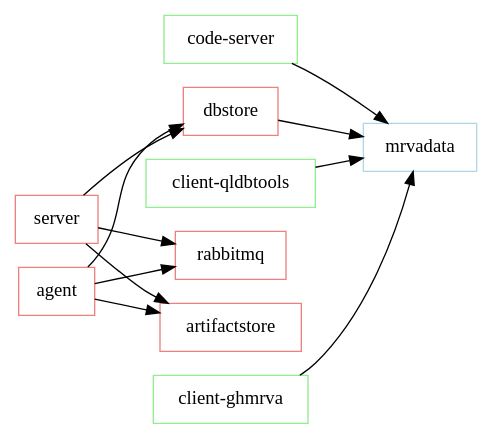
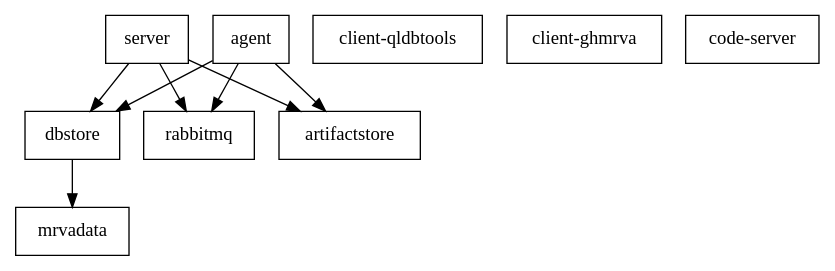
The diagram in notes/docker-demo-container-deps.dot (hohn/mrvacommander), drawn with Graphviz before and after one commit. The commit also changed 3 other files, not shown here.

```diff
--- a/notes/docker-demo-container-deps.dot
+++ b/notes/docker-demo-container-deps.dot
@@ -1,27 +1,24 @@
-digraph docker_compose {
-    rankdir=LR;
-    
-    node [shape=box];
-    
-    mrvadata [label="mrvadata" color=lightblue];
-    "client-qldbtools" [label="client-qldbtools" color=lightgreen];
-    "client-ghmrva" [label="client-ghmrva" color=lightgreen];
-    "code-server" [label="code-server" color=lightgreen];
-    rabbitmq [label="rabbitmq" color=lightcoral];
-    server [label="server" color=lightcoral];
-    dbstore [label="dbstore" color=lightcoral];
-    artifactstore [label="artifactstore" color=lightcoral];
-    agent [label="agent" color=lightcoral];
-    
-    // Dependencies
-    "client-qldbtools" -> mrvadata;
-    "client-ghmrva" -> mrvadata;
-    "code-server" -> mrvadata;
+digraph G {
+    // Define nodes
+    mrvadata [label="mrvadata" shape=box];
+    client_qldbtools [label="client-qldbtools" shape=box];
+    client_ghmrva [label="client-ghmrva" shape=box];
+    code_server [label="code-server" shape=box];
+    rabbitmq [label="rabbitmq" shape=box];
+    server [label="server" shape=box];
+    dbstore [label="dbstore" shape=box];
+    artifactstore [label="artifactstore" shape=box];
+    agent [label="agent" shape=box];
+
+    // Define edges (dependencies)
+    server -> rabbitmq;
+    server -> dbstore;
+    server -> artifactstore;
     dbstore -> mrvadata;
-    "server" -> rabbitmq;
-    "server" -> dbstore;
-    "server" -> artifactstore;
     agent -> rabbitmq;
     agent -> dbstore;
     agent -> artifactstore;
+
+    // Define styling
+    edge [arrowhead=normal];
 }
```
